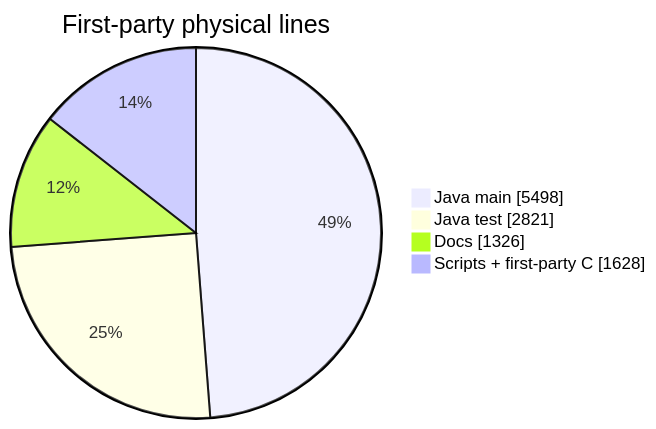
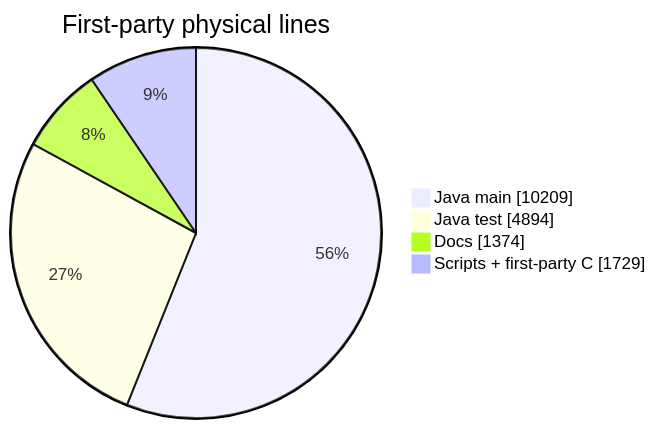
Before and after one commit to chris-piekarski/hackrf-spectrum-analyzer: the first of 2 diagrams in docs/stats.md, drawn with Mermaid. The commit also changed other lines of this file and 5 other files, not shown here.

````diff
--- a/docs/stats.md
+++ b/docs/stats.md
@@ -30,8 +30,8 @@
 ```mermaid
 pie showData
     title First-party physical lines
-    "Java main" : 5498
-    "Java test" : 2821
-    "Docs" : 1326
-    "Scripts + first-party C" : 1628
+    "Java main" : 10209
+    "Java test" : 4894
+    "Docs" : 1374
+    "Scripts + first-party C" : 1729
 ```
````
